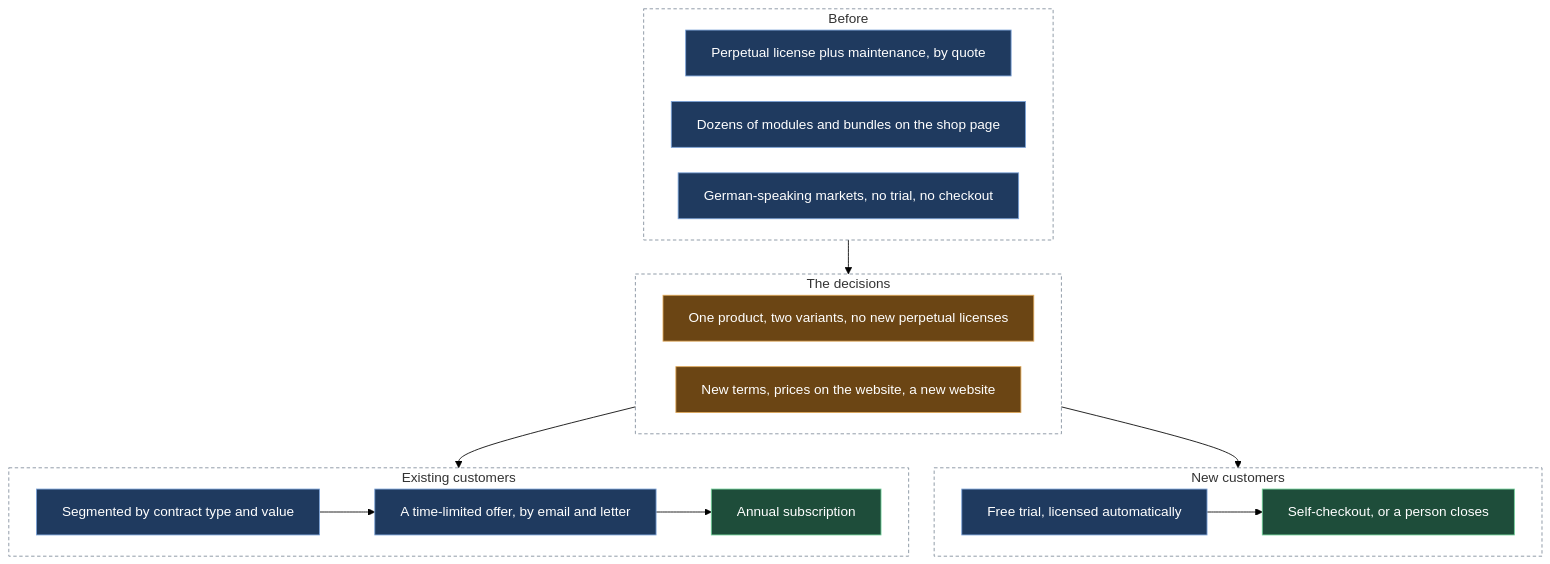
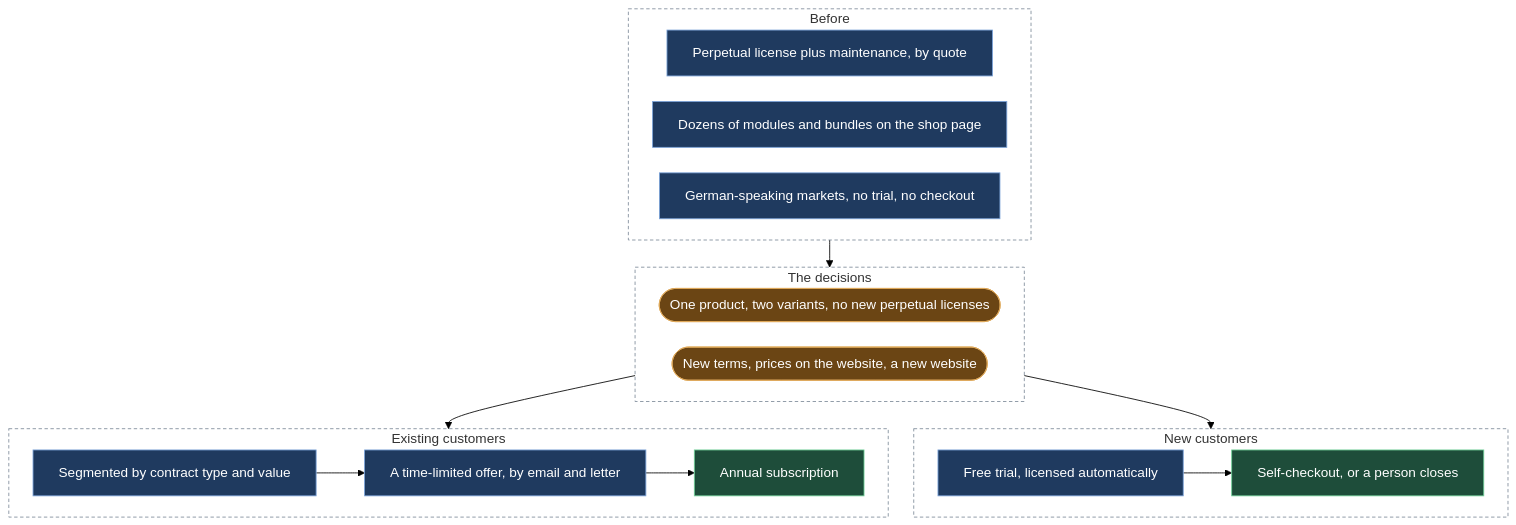
The diagram in evidence/case-studies/00-from-perpetual-licenses-to-a-product-led-subscription-business.md (nunomnferreirapt/ai-operated-growth-engine), drawn with Mermaid (forest theme) before and after one commit. The commit also changed 4 other files, not shown here.

First line of the commit message:
Diagrams to template v2: no diamonds, rounded boxes for a person, Claude skills named in bold, tighter spacing

````diff
--- a/evidence/case-studies/00-from-perpetual-licenses-to-a-product-led-subscription-business.md
+++ b/evidence/case-studies/00-from-perpetual-licenses-to-a-product-led-subscription-business.md
@@ -13,33 +13,33 @@
 ```mermaid
-%%{init: {"flowchart": {"wrappingWidth": 600, "nodeSpacing": 30, "rankSpacing": 40}}}%%
+%%{init: {"flowchart": {"wrappingWidth": 600, "nodeSpacing": 30, "rankSpacing": 32}}}%%
 flowchart TB
     subgraph B["Before"]
         direction LR
         B1["Perpetual license plus maintenance, by quote"]:::sys
         B2["Dozens of modules and bundles on the shop page"]:::sys
         B3["German-speaking markets, no trial, no checkout"]:::sys
     end
     subgraph D["The decisions"]
         direction LR
-        D1["One product, two variants, no new perpetual licenses"]:::human
-        D2["New terms, prices on the website, a new website"]:::human
+        D1(["One product, two variants, no new perpetual licenses"]):::human
+        D2(["New terms, prices on the website, a new website"]):::human
     end
     B --> D
     subgraph E["Existing customers"]
         direction LR
         E1["Segmented by contract type and value"]:::sys --> E2["A time-limited offer, by email and letter"]:::sys --> E3["Annual subscription"]:::out
     end
     subgraph N["New customers"]
         direction LR
         N1["Free trial, licensed automatically"]:::sys --> N2["Self-checkout, or a person closes"]:::out
     end
     D --> E
     D --> N
     classDef sys fill:#1f3a5f,stroke:#7aa2d8,color:#ffffff
     classDef human fill:#6b4514,stroke:#e0a95a,color:#ffffff
     classDef out fill:#1e4d3a,stroke:#6fcf97,color:#ffffff
     style B fill:transparent,stroke:#7f8c9a,stroke-dasharray:4 3
     style D fill:transparent,stroke:#7f8c9a,stroke-dasharray:4 3
     style E fill:transparent,stroke:#7f8c9a,stroke-dasharray:4 3
     style N fill:transparent,stroke:#7f8c9a,stroke-dasharray:4 3
 ```
````
